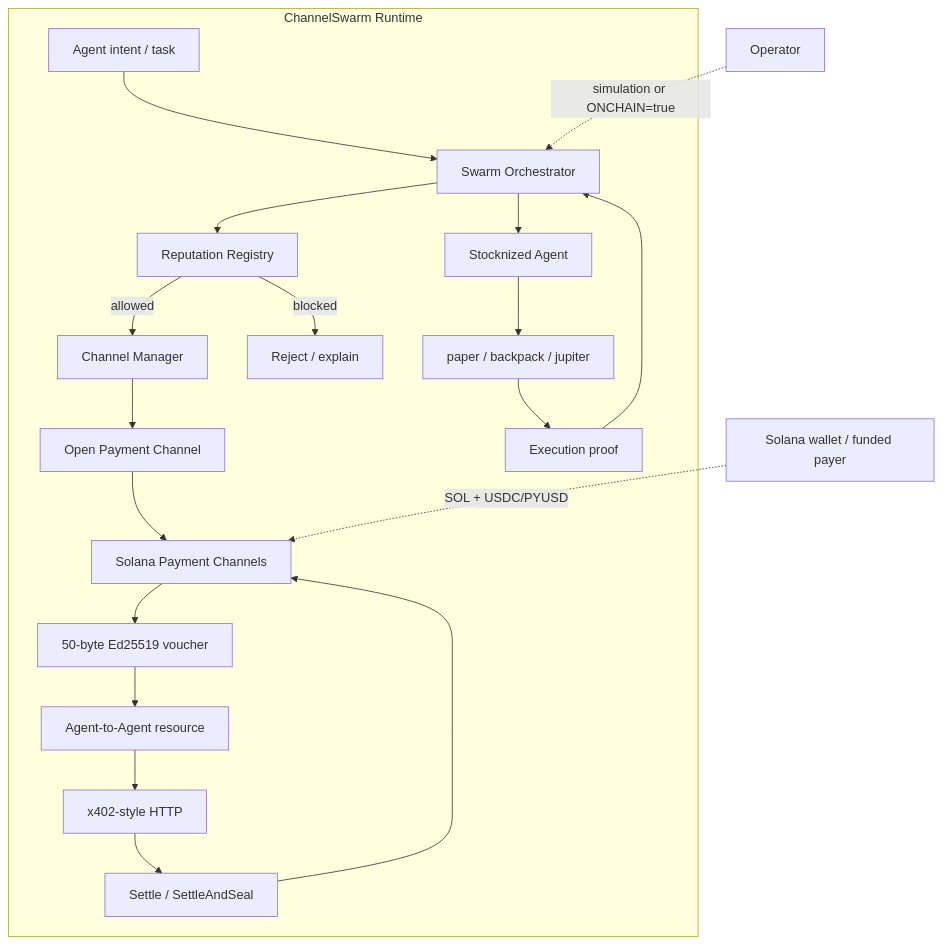
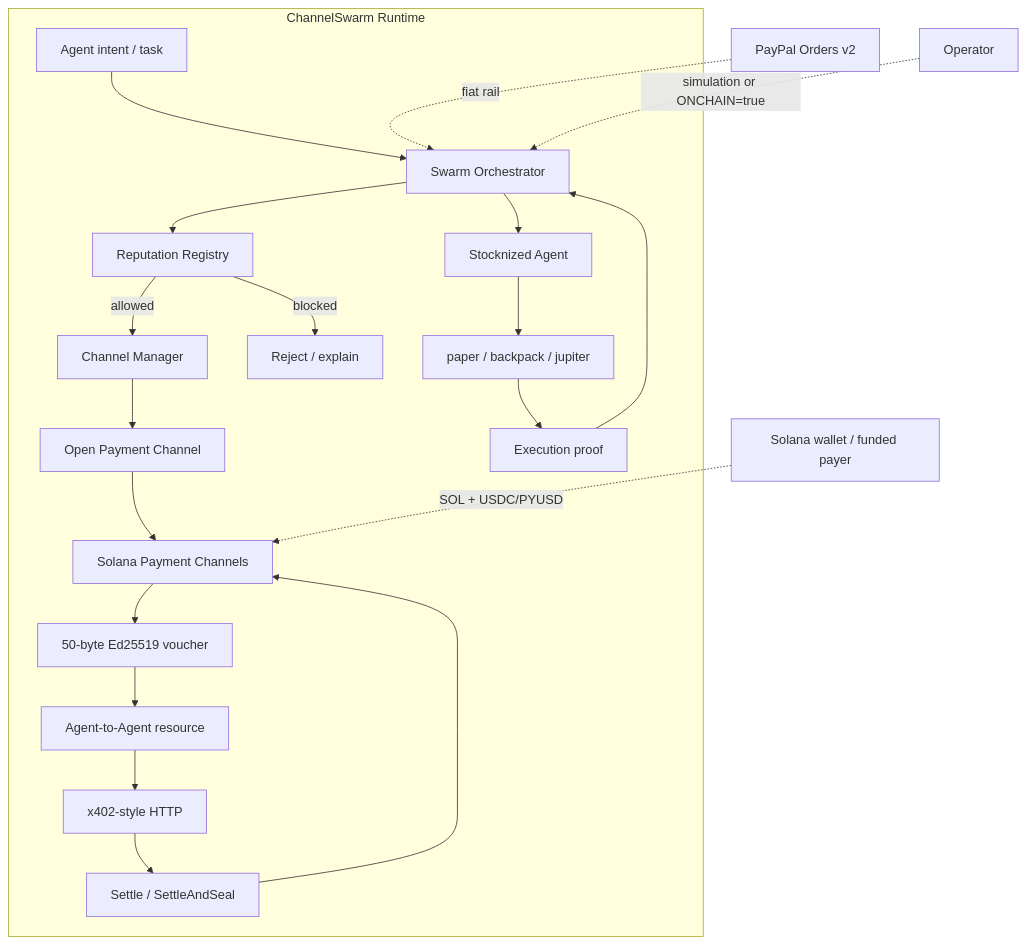
The diagram in README.md (wadezigh96/Channel_Swarm), drawn with Mermaid before and after one commit. The commit also changed other lines of this file, not shown here.

Commit message:
Update License section to PayPal AI Hackathon + Solana

````diff
--- a/README.md
+++ b/README.md
@@ -56,26 +59,27 @@
 ```mermaid
 flowchart TB
     subgraph ChannelSwarm["ChannelSwarm Runtime"]
         U["Agent intent / task"] --> O["Swarm Orchestrator"]
         O --> REP["Reputation Registry"]
         REP -->|allowed| CM["Channel Manager"]
         REP -->|blocked| X["Reject / explain"]
 
         CM --> OPEN["Open Payment Channel"]
         OPEN --> PC["Solana Payment Channels"]
         PC --> V["50-byte Ed25519 voucher"]
 
         V --> A["Agent-to-Agent resource"]
         A --> X402["x402-style HTTP"]
         X402 --> SET["Settle / SettleAndSeal"]
         SET --> PC
 
         O --> STOCK["Stocknized Agent"]
         STOCK --> EXEC["paper / backpack / jupiter"]
         EXEC --> PROOF["Execution proof"]
         PROOF --> O
     end
 
     SOL["Solana wallet / funded payer"] -.->|SOL + USDC/PYUSD| PC
+    PAYPAL["PayPal Orders v2"] -.->|fiat rail| O
     USER["Operator"] -.->|simulation or ONCHAIN=true| O
 ```
````
